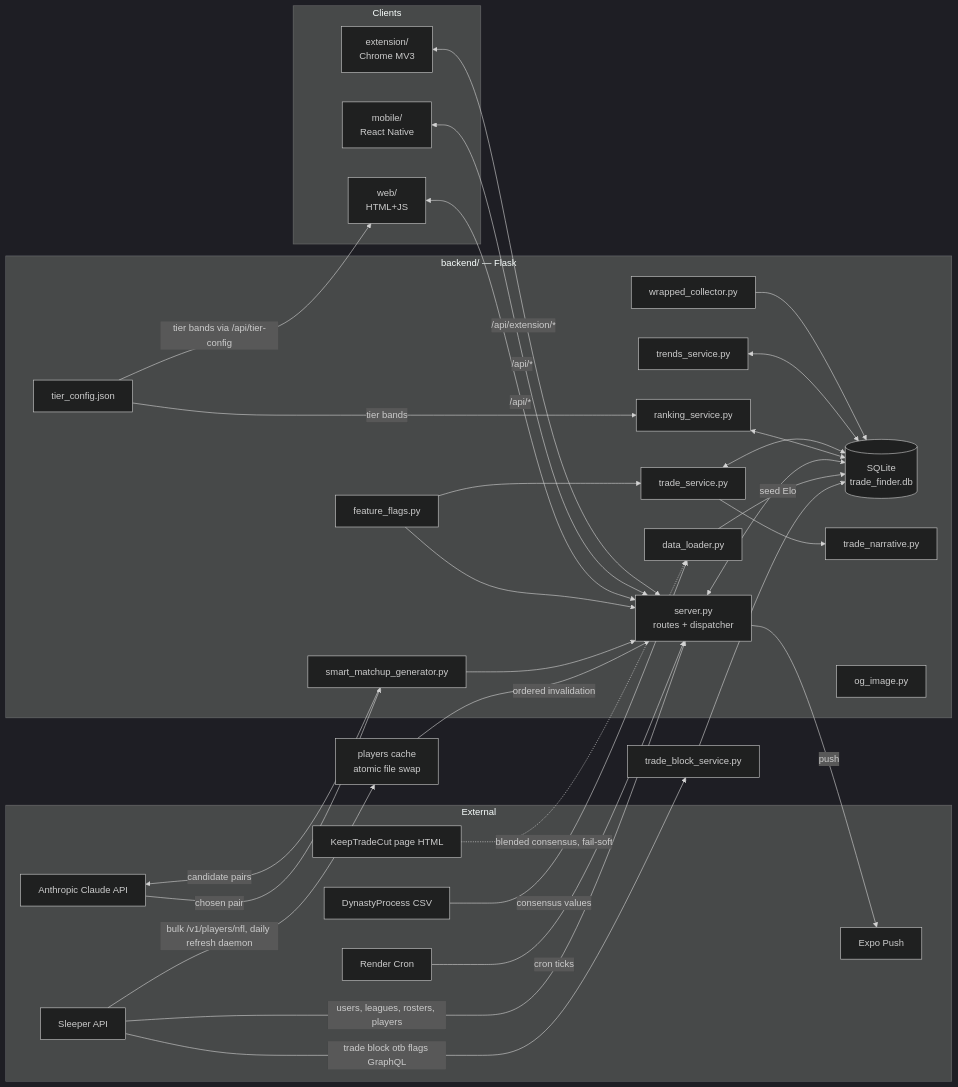
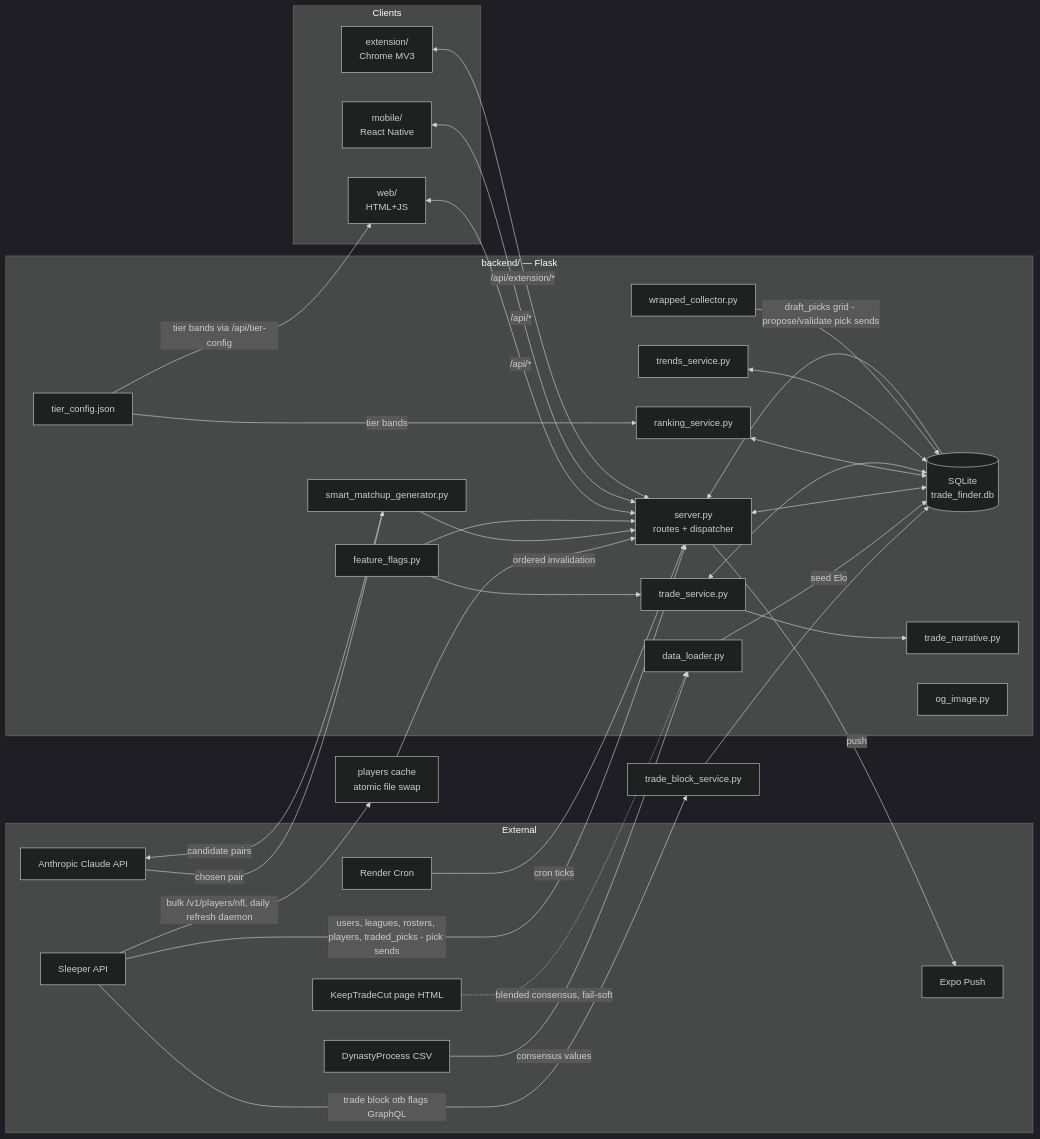
The diagram in docs/architecture.md (mattmurf77/fantasy-trade-finder), drawn with Mermaid (dark theme) before and after one commit. The commit also changed other lines of this file and 56 other files, not shown here.

First line of the commit message:
Feedback #413: Send in Sleeper encodes draft picks server-side (D-176, v1.16.15) (#270)

````diff
--- a/docs/architecture.md
+++ b/docs/architecture.md
@@ -7,60 +7,61 @@
 ```mermaid
 flowchart LR
   subgraph External
     SL[Sleeper API]
     DP[DynastyProcess CSV]
     KTC[KeepTradeCut page HTML]
     AN[Anthropic Claude API]
     EX[Expo Push]
     CR[Render Cron]
   end
 
   subgraph Backend [backend/ — Flask]
     DL[data_loader.py]
     DB[(SQLite<br/>trade_finder.db)]
     TC[tier_config.json]
     RS[ranking_service.py]
     TS[trade_service.py]
     TN[trade_narrative.py]
     SMG[smart_matchup_generator.py]
     TR[trends_service.py]
     WC[wrapped_collector.py]
     OG[og_image.py]
     FF[feature_flags.py]
     SRV[server.py<br/>routes + dispatcher]
   end
 
   subgraph Clients
     WEB[web/<br/>HTML+JS]
     MOB[mobile/<br/>React Native]
     EXT[extension/<br/>Chrome MV3]
   end
 
-  SL -->|users, leagues, rosters, players| SRV
+  SL -->|users, leagues, rosters, players, traded_picks - pick sends| SRV
   SL -->|bulk /v1/players/nfl, daily refresh daemon| PC[players cache<br/>atomic file swap]
   PC -->|ordered invalidation| SRV
   SL -->|trade block otb flags GraphQL| TBS[trade_block_service.py]
   TBS --> DB
   DP -->|consensus values| DL
   KTC -.->|blended consensus, fail-soft| DL
   DL -->|seed Elo| DB
   TC -->|tier bands| RS
   TC -->|tier bands via /api/tier-config| WEB
   SRV <--> DB
+  DB -->|draft_picks grid - propose/validate pick sends| SRV
   RS <--> DB
   TS <--> DB
   TS --> TN
   TR <--> DB
   WC --> DB
   SMG -->|candidate pairs| AN
   AN -->|chosen pair| SMG
   SMG --> SRV
   SRV -->|push| EX
   CR -->|cron ticks| SRV
   FF --> SRV
   FF --> TS
 
   WEB <-->|/api/*| SRV
   MOB <-->|/api/*| SRV
   EXT <-->|/api/extension/*| SRV
 ```
````
